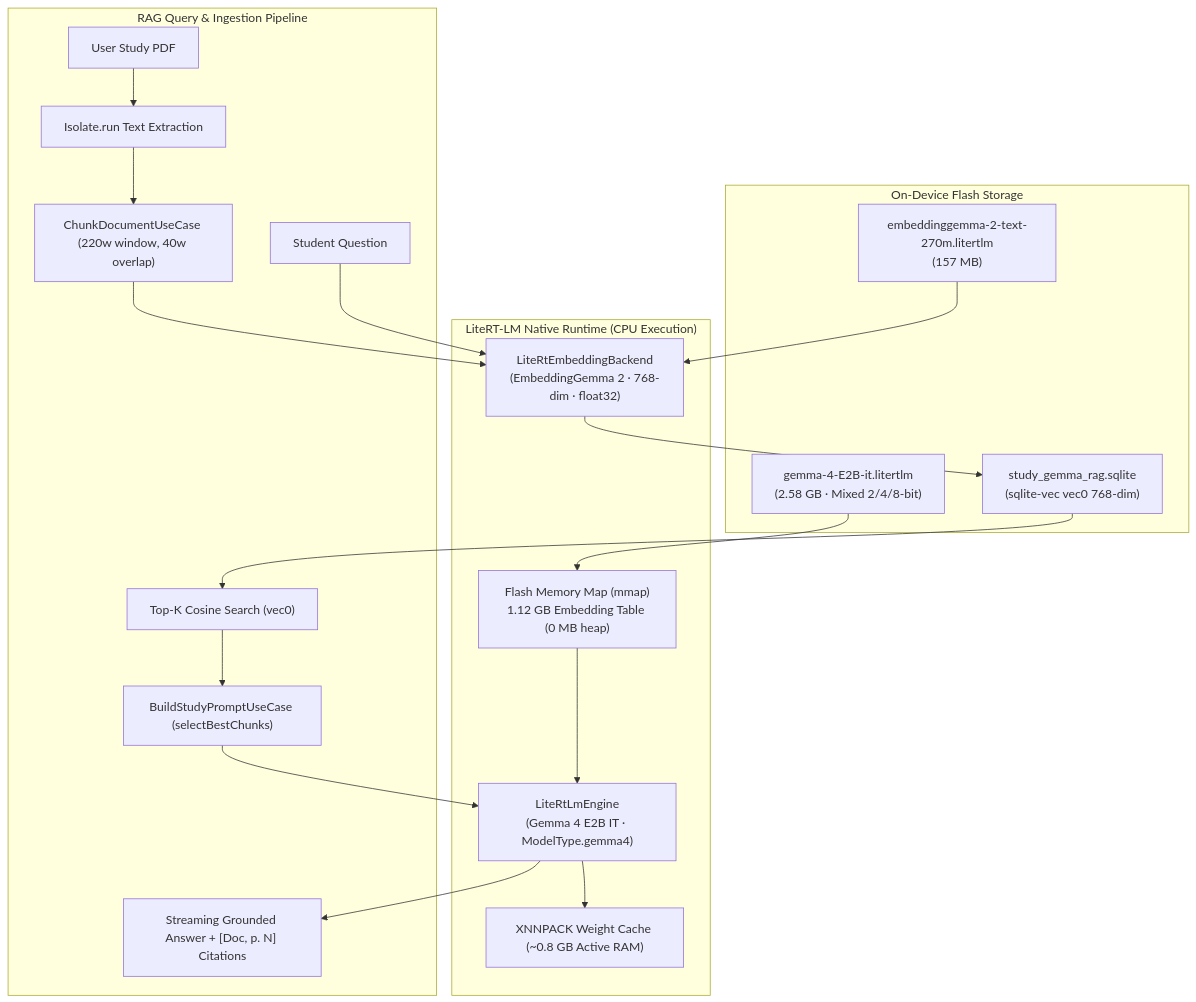
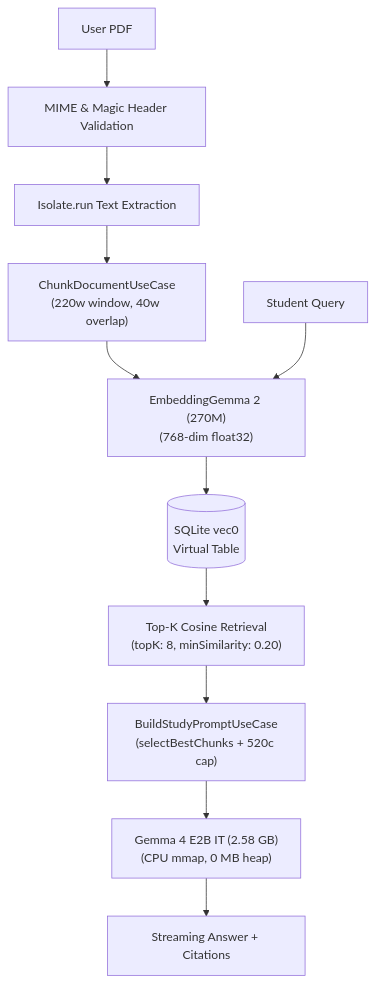
The diagram in apps/rag_study_gemma/README.md (jggomez/flutter-ia-examples), drawn with Mermaid before and after one commit. The commit also changed other lines of this file and 1 other file, not shown here.

Commit message:
docs(rag_study_gemma): condense README and strip audio track from demo video

````diff
--- a/apps/rag_study_gemma/README.md
+++ b/apps/rag_study_gemma/README.md
@@ -64,33 +50,13 @@
 ```mermaid
-graph TD
-    subgraph Storage ["On-Device Flash Storage"]
-        EMB_FILE["embeddinggemma-2-text-270m.litertlm\n(157 MB)"]
-        LLM_FILE["gemma-4-E2B-it.litertlm\n(2.58 GB · Mixed 2/4/8-bit)"]
-        SQLITE_DB["study_gemma_rag.sqlite\n(sqlite-vec vec0 768-dim)"]
-    end
-
-    subgraph Runtime ["LiteRT-LM Native Runtime (CPU Execution)"]
-        EMB_ENG["LiteRtEmbeddingBackend\n(EmbeddingGemma 2 · 768-dim · float32)"]
-        LLM_ENG["LiteRtLmEngine\n(Gemma 4 E2B IT · ModelType.gemma4)"]
-        MMAP["Flash Memory Map (mmap)\n1.12 GB Embedding Table (0 MB heap)"]
-        CACHE["XNNPACK Weight Cache (~0.8 GB Active RAM)"]
-    end
-
-    subgraph RAG ["RAG Query & Ingestion Pipeline"]
-        PDF["User Study PDF"] --> EXT["Isolate.run Text Extraction"]
-        EXT --> CHK["ChunkDocumentUseCase (220w window, 40w overlap)"]
-        CHK --> EMB_ENG
-        EMB_ENG --> SQLITE_DB
-
-        QUERY["Student Question"] --> EMB_ENG
-        SQLITE_DB --> TOPK["Top-K Cosine Search (vec0)"]
-        TOPK --> PROMPT["BuildStudyPromptUseCase (selectBestChunks)"]
-        PROMPT --> LLM_ENG
-        LLM_ENG --> OUT["Streaming Grounded Answer + [Doc, p. N] Citations"]
-    end
-
-    EMB_FILE --> EMB_ENG
-    LLM_FILE --> MMAP
-    MMAP --> LLM_ENG
-    LLM_ENG --> CACHE
+flowchart TD
+    PDF["User PDF"] --> VAL["MIME & Magic Header Validation"]
+    VAL --> EXT["Isolate.run Text Extraction"]
+    EXT --> CHK["ChunkDocumentUseCase<br/>(220w window, 40w overlap)"]
+    CHK --> EMB["EmbeddingGemma 2 (270M)<br/>(768-dim float32)"]
+    EMB --> DB[("SQLite vec0<br/>Virtual Table")]
+    Q["Student Query"] --> EMB
+    DB --> TOPK["Top-K Cosine Retrieval<br/>(topK: 8, minSimilarity: 0.20)"]
+    TOPK --> BSP["BuildStudyPromptUseCase<br/>(selectBestChunks + 520c cap)"]
+    BSP --> LLM["Gemma 4 E2B IT (2.58 GB)<br/>(CPU mmap, 0 MB heap)"]
+    LLM --> ANS["Streaming Answer + Citations"]
 ```
````
